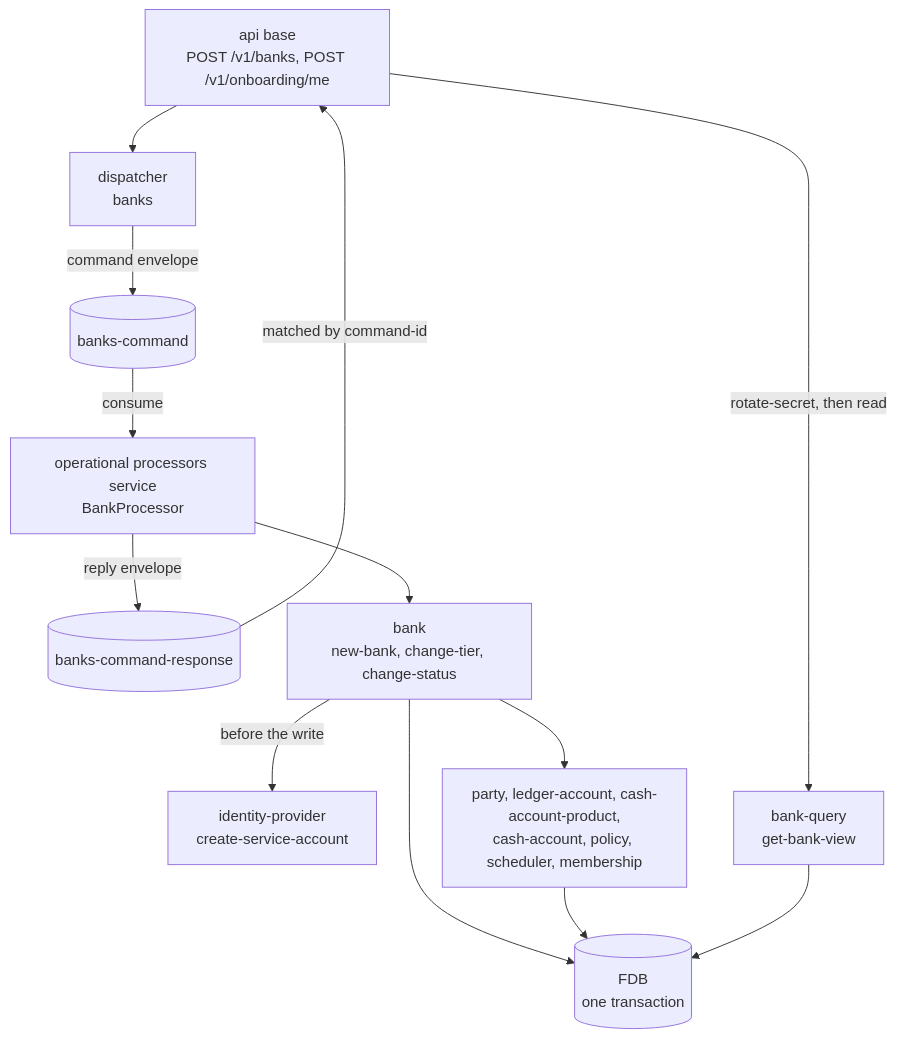
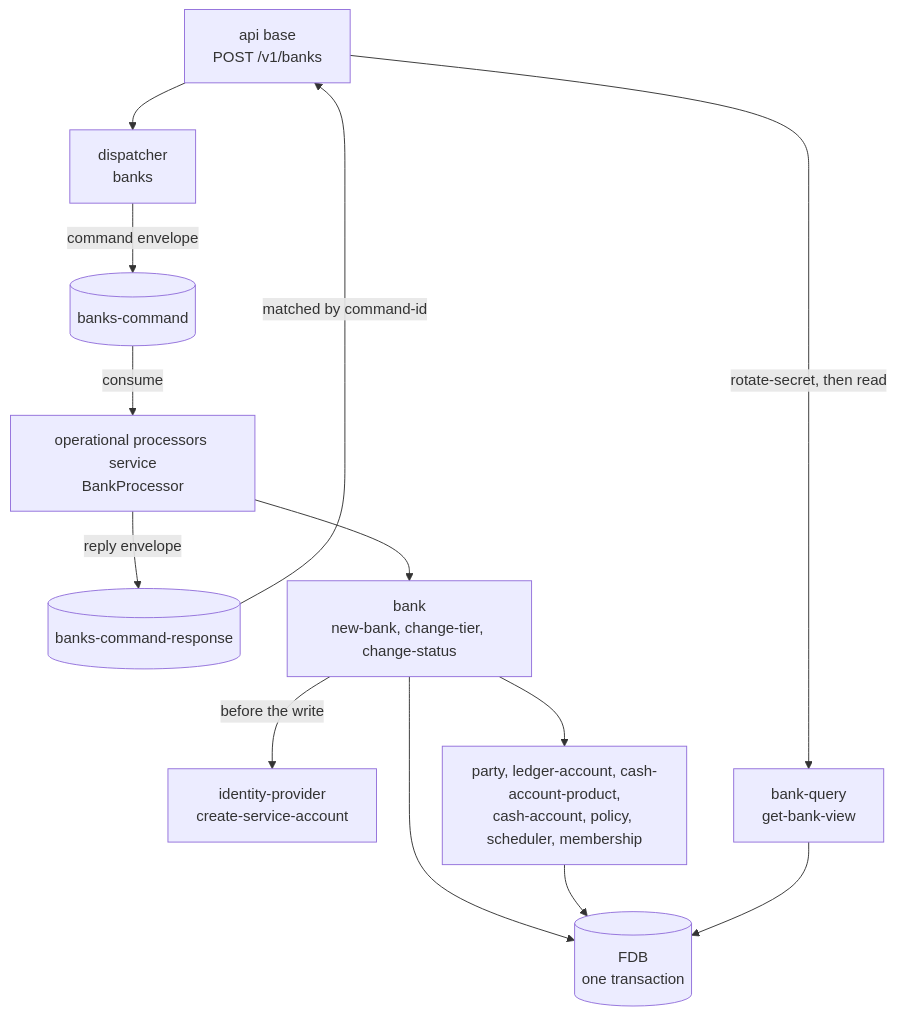
Before and after one commit to repldriven/queenswood: the diagram in docs/tdd/banks.md, drawn with Mermaid. The commit also changed other lines of this file and 115 other files, not shown here.

````diff
--- a/docs/tdd/banks.md
+++ b/docs/tdd/banks.md
@@ -85,26 +85,26 @@
 ```mermaid
 graph TD
-    API["api base<br/>POST /v1/banks, POST /v1/onboarding/me"]
+    API["api base<br/>POST /v1/banks"]
     DISP["dispatcher<br/>banks"]
     CH[("banks-command")]
     RCH[("banks-command-response")]
     PROC["operational processors service<br/>BankProcessor"]
     CORE["bank<br/>new-bank, change-tier, change-status"]
     IDP["identity-provider<br/>create-service-account"]
     BRICKS["party, ledger-account, cash-account-product,<br/>cash-account, policy, scheduler, membership"]
     QRY["bank-query<br/>get-bank-view"]
     FDB[("FDB<br/>one transaction")]
 
     API --> DISP
     DISP -->|"command envelope"| CH
     CH -->|consume| PROC
     PROC --> CORE
     CORE -->|"before the write"| IDP
     CORE --> BRICKS
     CORE --> FDB
     BRICKS --> FDB
     PROC -->|"reply envelope"| RCH
     RCH -->|"matched by command-id"| API
     API -->|"rotate-secret, then read"| QRY
     QRY --> FDB
 ```
````
